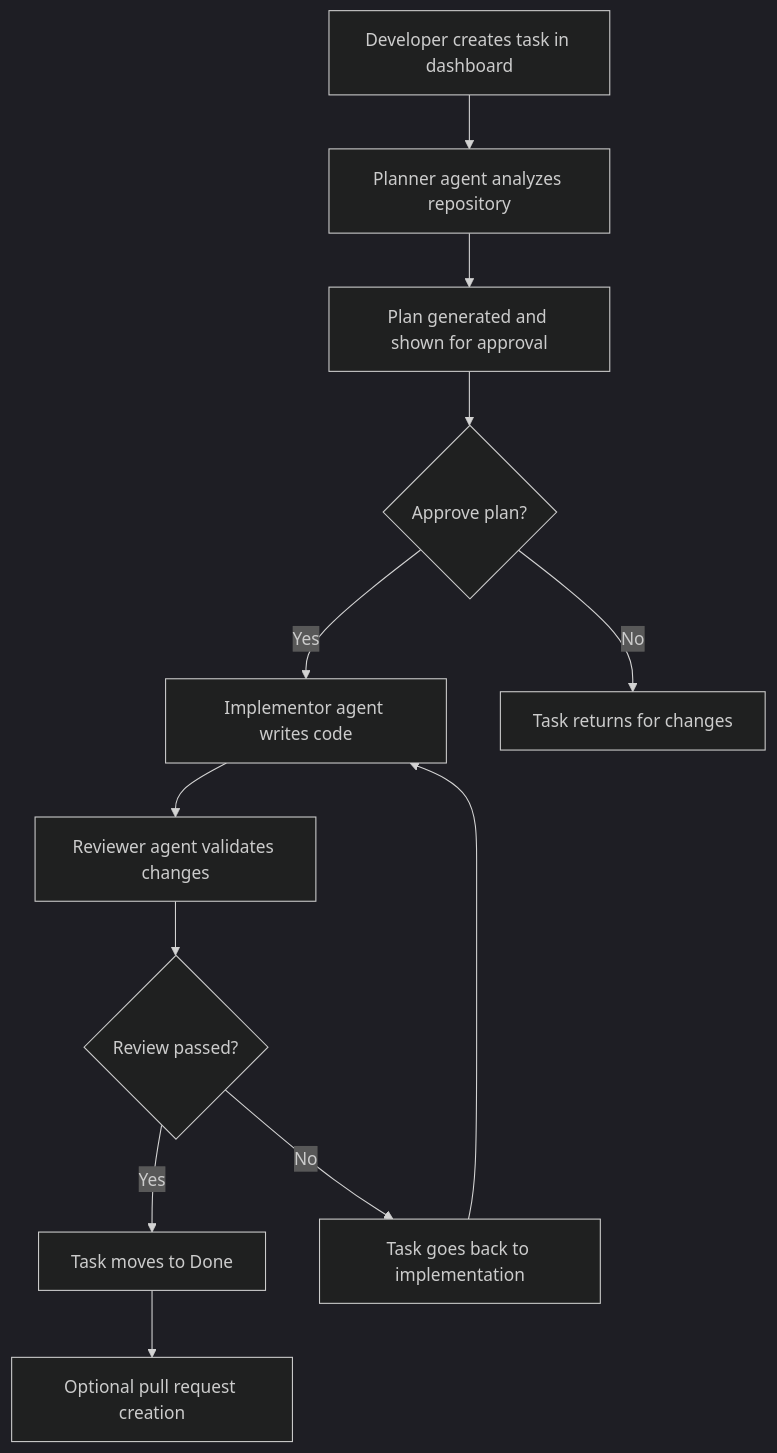
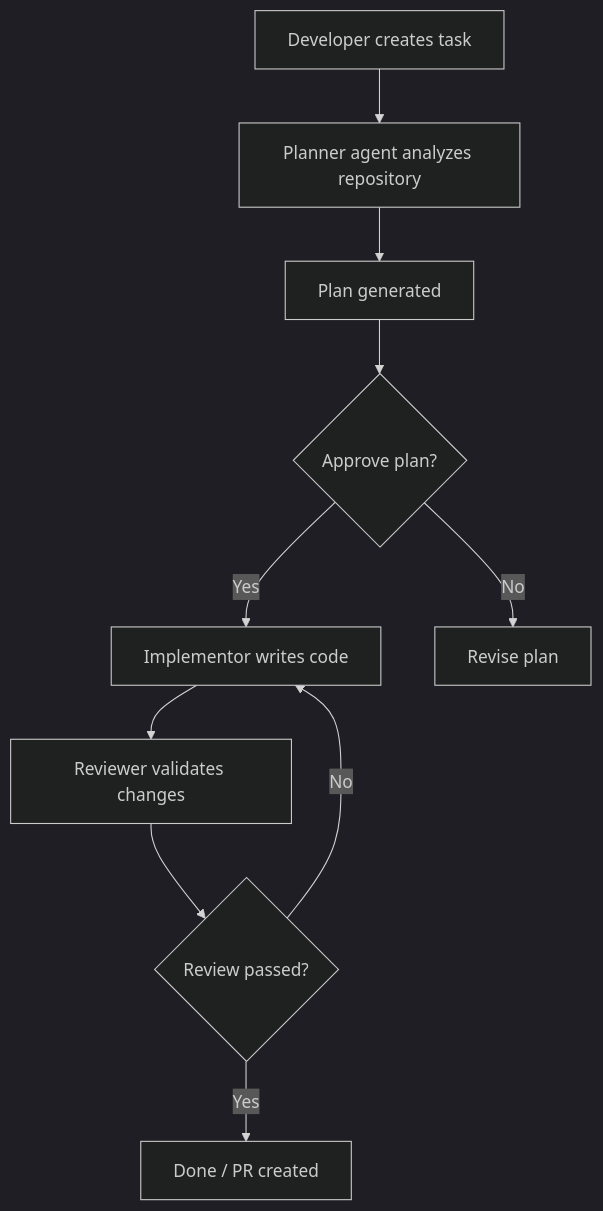
The diagram in README.md (stilero/bankan), drawn with Mermaid (dark theme) before and after one commit.

````diff
--- a/README.md
+++ b/README.md
@@ -169,14 +169,12 @@
 ```mermaid
 flowchart TD
-    A[Developer creates task in dashboard] --> B[Planner agent analyzes repository]
-    B --> C[Plan generated and shown for approval]
+    A[Developer creates task] --> B[Planner agent analyzes repository]
+    B --> C[Plan generated]
     C --> D{Approve plan?}
-    D -->|Yes| E[Implementor agent writes code]
-    D -->|No| F[Task returns for changes]
-    E --> G[Reviewer agent validates changes]
+    D -->|Yes| E[Implementor writes code]
+    D -->|No| F[Revise plan]
+    E --> G[Reviewer validates changes]
     G --> H{Review passed?}
-    H -->|Yes| I[Task moves to Done]
-    I --> J[Optional pull request creation]
-    H -->|No| K[Task goes back to implementation]
-    K --> E
+    H -->|Yes| I[Done / PR created]
+    H -->|No| E
 ```
````
